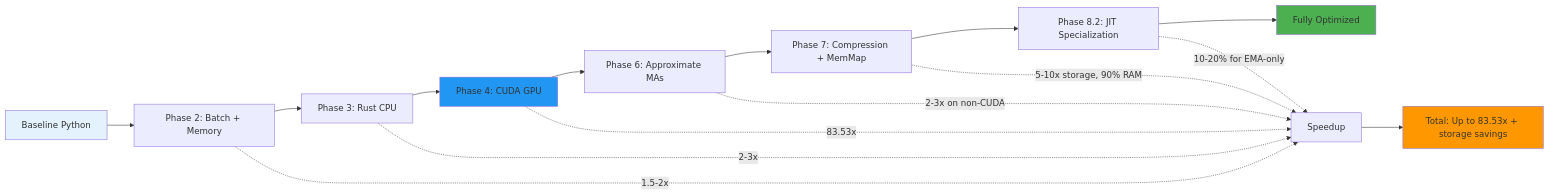
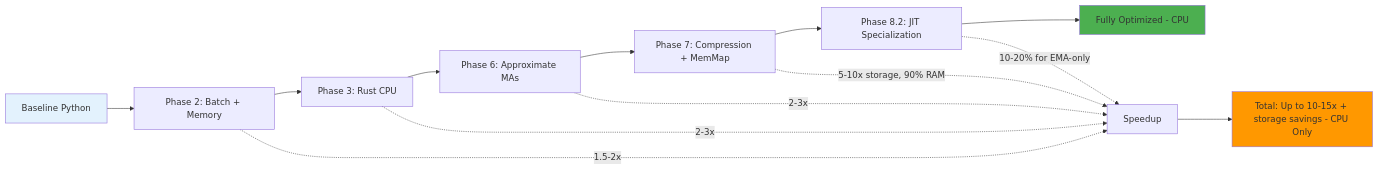
Before and after one commit to Nguyenthang2292/Sovereign-IQ: the seventh of 11 diagrams in modules/adaptive_trend_LTS_mini/docs/optimization_flow_diagram.md, drawn with Mermaid. The commit also changed other lines of this file and 167 other files, not shown here.

````diff
--- a/modules/adaptive_trend_LTS_mini/docs/optimization_flow_diagram.md
+++ b/modules/adaptive_trend_LTS_mini/docs/optimization_flow_diagram.md
@@ -347,24 +305,21 @@
 ```mermaid
 graph LR
     A[Baseline Python] --> B[Phase 2: Batch + Memory]
     B --> C[Phase 3: Rust CPU]
-    C --> D[Phase 4: CUDA GPU]
-    D --> E[Phase 6: Approximate MAs]
+    C --> E[Phase 6: Approximate MAs]
     E --> F[Phase 7: Compression + MemMap]
     F --> G[Phase 8.2: JIT Specialization]
-    G --> H[Fully Optimized]
+    G --> H[Fully Optimized - CPU]
 
     B -.->|1.5-2x| SP1[Speedup]
     C -.->|2-3x| SP1
-    D -.->|83.53x| SP1
-    E -.->|2-3x on non-CUDA| SP1
+    E -.->|2-3x| SP1
     F -.->|5-10x storage, 90% RAM| SP1
     G -.->|10-20% for EMA-only| SP1
 
-    SP1 --> Total[Total: Up to 83.53x + storage savings]
+    SP1 --> Total[Total: Up to 10-15x + storage savings - CPU Only]
 
     style A fill:#E3F2FD
-    style D fill:#2196F3
     style H fill:#4CAF50
     style Total fill:#FF9800
 ```
````
